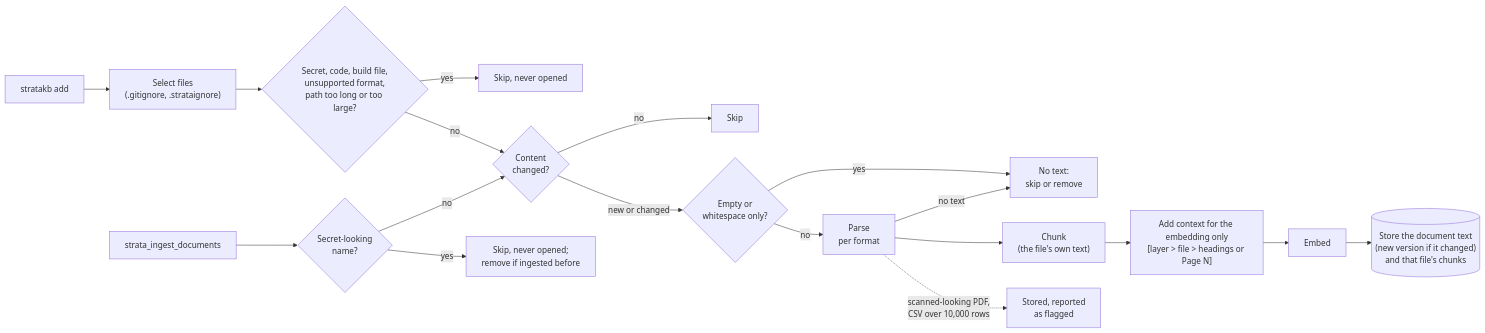
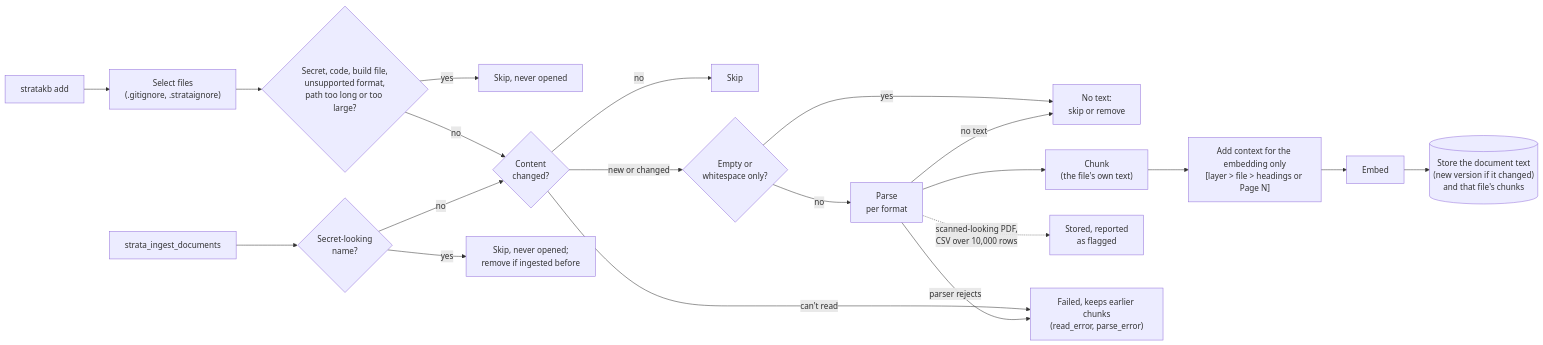
One commit to boudou/StrataKB changed the fourth of 12 diagrams in README.md. Above: the diagram before and after it, drawn with Mermaid. The commit also changed other lines of this file and 5 other files, not shown here.

````diff
--- a/README.md
+++ b/README.md
@@ -118,16 +118,18 @@
 ```mermaid
 flowchart LR
     add["stratakb add"] --> sel["Select files<br/>(.gitignore, .strataignore)"] --> pol{"Secret, code, build file,<br/>unsupported format,<br/>path too long or too large?"}
     pol -->|"yes"| k["Skip, never opened"]
     pol -->|"no"| h
     f["strata_ingest_documents"] --> n{"Secret-looking<br/>name?"}
     n -->|"yes"| k2["Skip, never opened;<br/>remove if ingested before"]
     n -->|"no"| h{"Content<br/>changed?"}
     h -->|"no"| s["Skip"]
     h -->|"new or changed"| z{"Empty or<br/>whitespace only?"}
     z -->|"yes"| t["No text:<br/>skip or remove"]
     z -->|"no"| p["Parse<br/>per format"]
     p -->|"no text"| t
     p --> c["Chunk<br/>(the file's own text)"] --> x["Add context for the embedding only<br/>[layer > file > headings or Page N]"] --> e["Embed"] --> v[("Store the document text<br/>(new version if it changed)<br/>and that file's chunks")]
     p -.->|"scanned-looking PDF,<br/>CSV over 10,000 rows"| fl["Stored, reported<br/>as flagged"]
+    h -->|"can't read"| fe["Failed, keeps earlier chunks<br/>(read_error, parse_error)"]
+    p -->|"parser rejects"| fe
 ```
````
